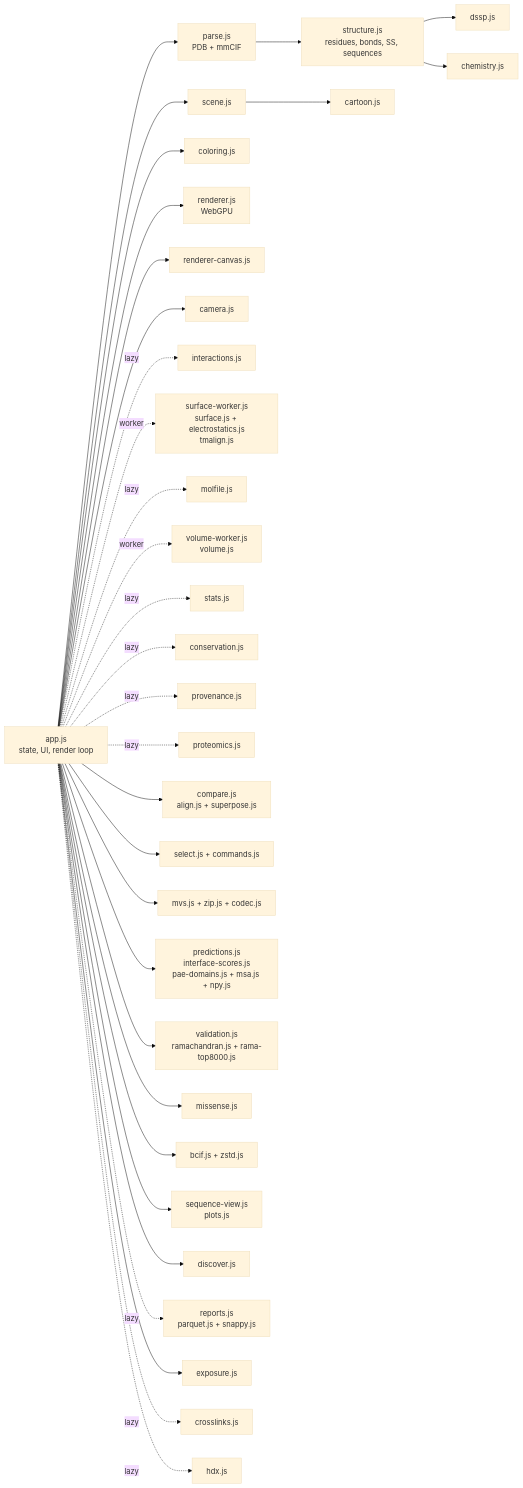
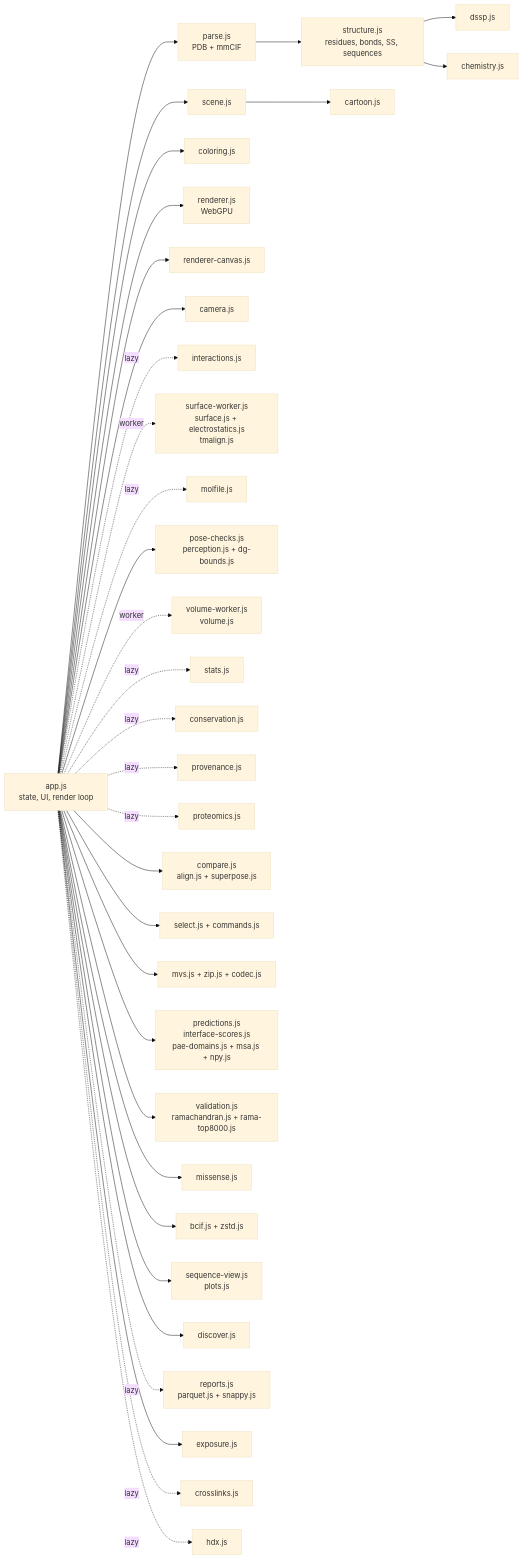
The second of 3 diagrams in proteoscope-spec/design.md (robert-mcdermott/proteoscope), drawn with Mermaid (base theme) before and after one commit. The commit also changed other lines of this file and 31 other files, not shown here.

First line of the commit message:
Add ligand pose checks, pDockQ without a PAE and affinity triage

````diff
--- a/proteoscope-spec/design.md
+++ b/proteoscope-spec/design.md
@@ -64,64 +64,66 @@
 ```mermaid
 graph LR
     App[app.js<br/>state, UI, render loop]
     Parse[parse.js<br/>PDB + mmCIF]
     Structure[structure.js<br/>residues, bonds, SS, sequences]
     DSSP[dssp.js]
     Cartoon[cartoon.js]
     Scene[scene.js]
     Color[coloring.js]
     Renderer[renderer.js<br/>WebGPU]
     Canvas[renderer-canvas.js]
     Camera[camera.js]
     Interactions[interactions.js]
     Surface[surface-worker.js<br/>surface.js + electrostatics.js<br/>tmalign.js]
     Chem[chemistry.js]
     Molfile[molfile.js]
+    Poses[pose-checks.js<br/>perception.js + dg-bounds.js]
     Maps[volume-worker.js<br/>volume.js]
     Stats[stats.js]
     Conserve[conservation.js]
     Cite[provenance.js]
     Proteomics[proteomics.js]
     Compare[compare.js<br/>align.js + superpose.js]
     Select[select.js + commands.js]
     Share[mvs.js + zip.js + codec.js]
     Predict[predictions.js<br/>interface-scores.js<br/>pae-domains.js + msa.js + npy.js]
     Validate[validation.js<br/>ramachandran.js + rama-top8000.js]
     Variants[missense.js]
     Formats[bcif.js + zstd.js]
     Views[sequence-view.js<br/>plots.js]
     Discover[discover.js]
     Reports[reports.js<br/>parquet.js + snappy.js]
     Context[exposure.js]
     XL[crosslinks.js]
     HDX[hdx.js]
 
     App --> Parse --> Structure --> DSSP
     Structure --> Chem
     App --> Scene --> Cartoon
     App --> Color
     App --> Renderer
     App --> Canvas
     App --> Camera
     App -. lazy .-> Interactions
     App -. worker .-> Surface
     App -. lazy .-> Proteomics
     App --> Compare
     App --> Select
     App --> Share
     App --> Predict
     App --> Validate
     App --> Variants
     App --> Formats
     App --> Views
     App --> Discover
     App --> Context
     App -. lazy .-> Reports
     App -. lazy .-> XL
     App -. lazy .-> HDX
     App -. lazy .-> Molfile
+    App --> Poses
     App -. worker .-> Maps
     App -. lazy .-> Stats
     App -. lazy .-> Conserve
     App -. lazy .-> Cite
 ```
````
